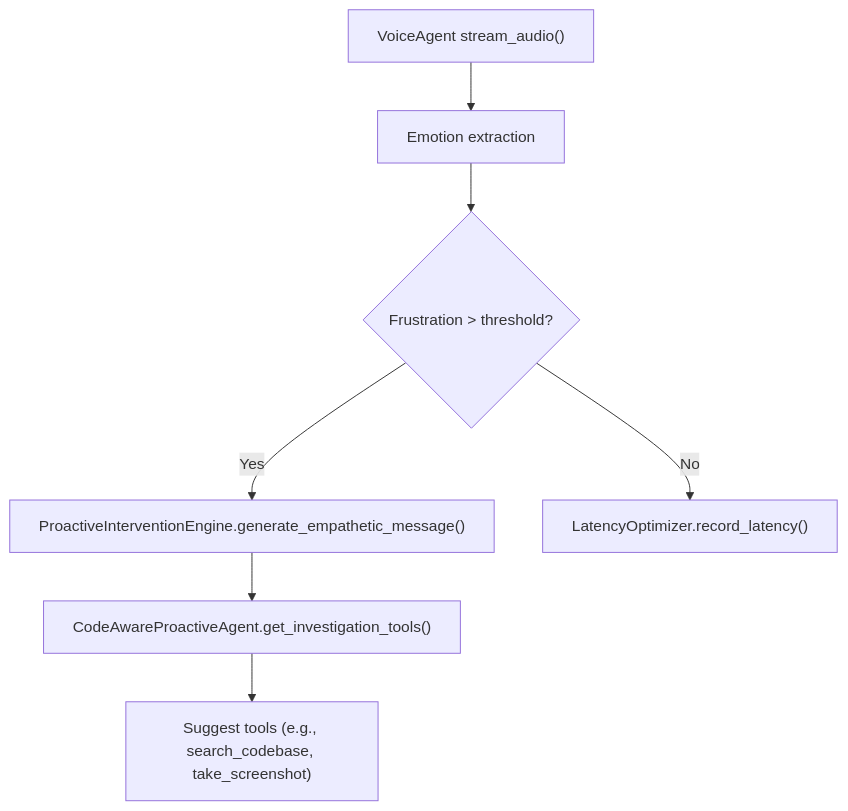
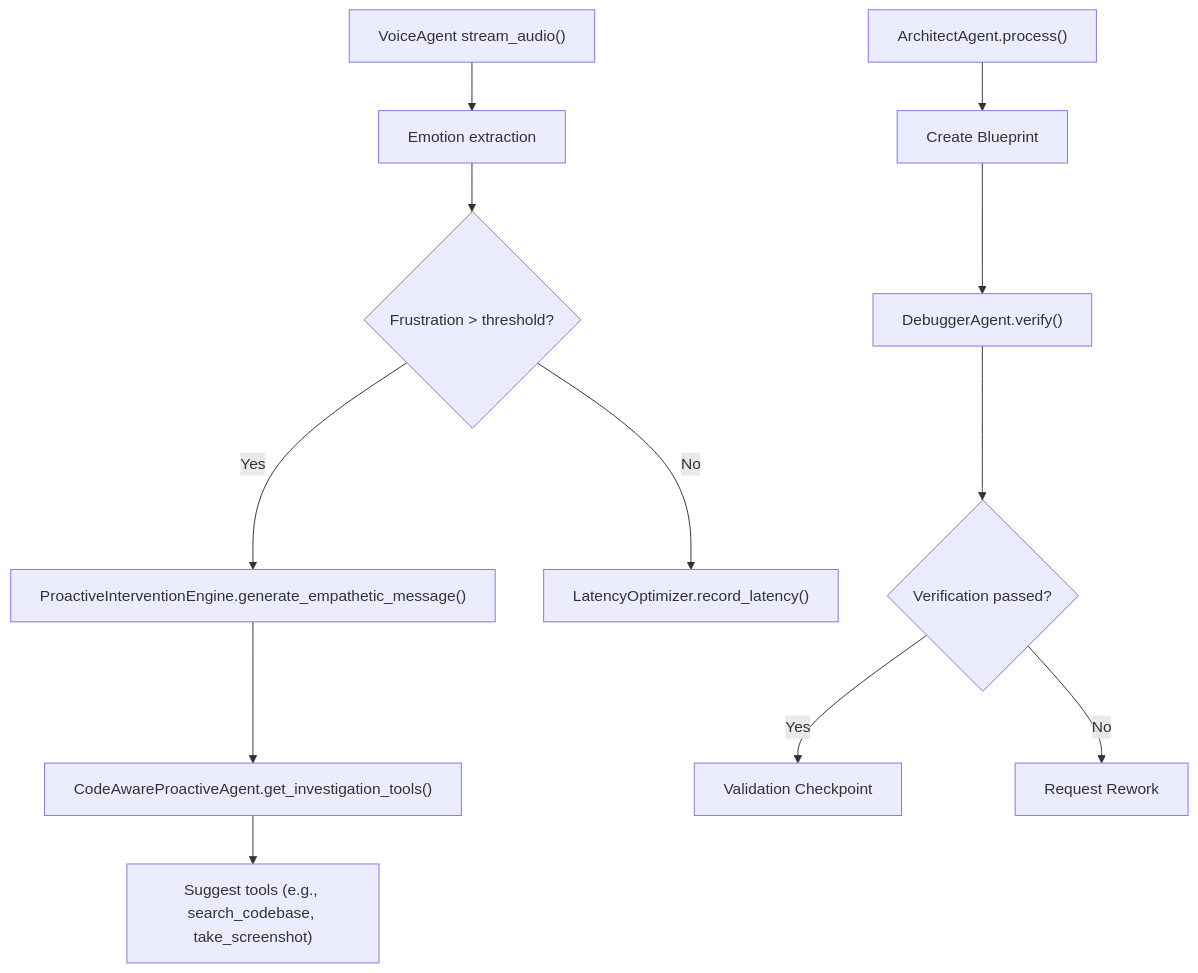
The eighth of 13 diagrams in .qoder/repowiki/en/content/AI Integration Layer/AI Integration Layer.md (Moeabdelaziz007/Aether-Voice-OS), drawn with Mermaid before and after one commit. The commit also changed other lines of this file and 29 other files, not shown here.

````diff
--- a/.qoder/repowiki/en/content/AI Integration Layer/AI Integration Layer.md
+++ b/.qoder/repowiki/en/content/AI Integration Layer/AI Integration Layer.md
@@ -321,9 +378,14 @@
 ```mermaid
 flowchart TD
 A["VoiceAgent stream_audio()"] --> B["Emotion extraction"]
 B --> C{"Frustration > threshold?"}
 C --> |Yes| D["ProactiveInterventionEngine.generate_empathetic_message()"]
 D --> E["CodeAwareProactiveAgent.get_investigation_tools()"]
 E --> F["Suggest tools (e.g., search_codebase, take_screenshot)"]
 C --> |No| G["LatencyOptimizer.record_latency()"]
+H["ArchitectAgent.process()"] --> I["Create Blueprint"]
+I --> J["DebuggerAgent.verify()"]
+J --> K{"Verification passed?"}
+K --> |Yes| L["Validation Checkpoint"]
+K --> |No| M["Request Rework"]
 ```
````
